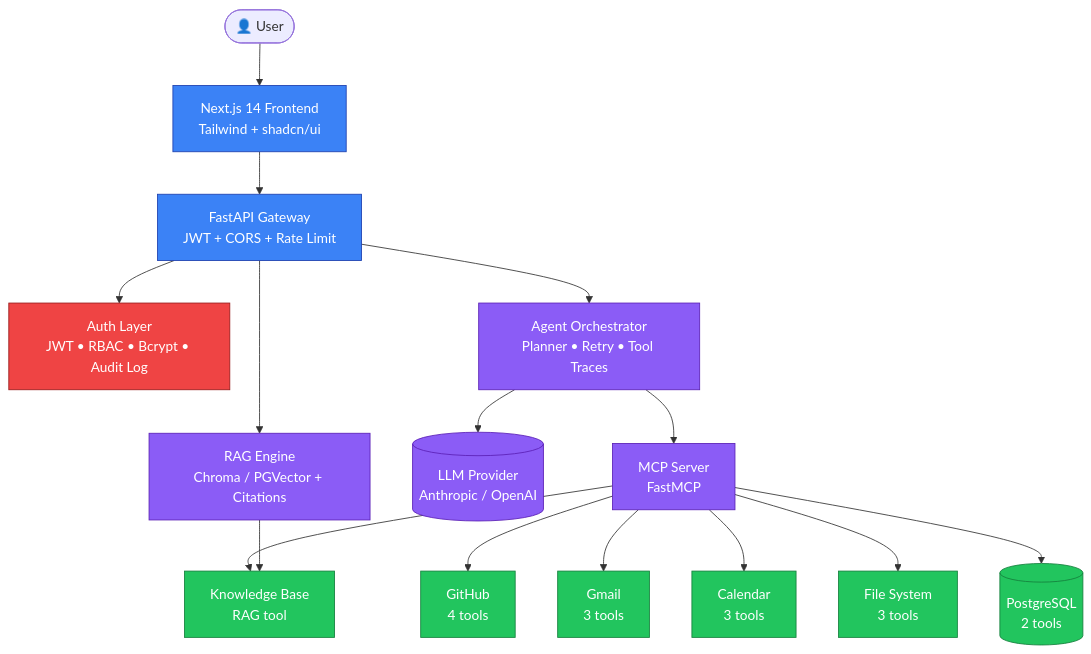
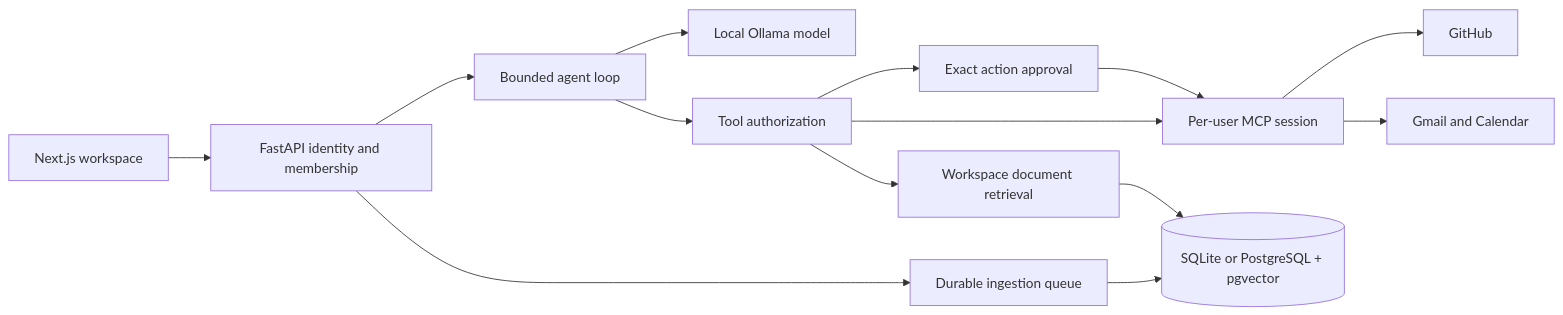
The diagram in README.md (virinchisai/sentinel-ai), drawn with Mermaid before and after one commit. The commit also changed other lines of this file and 100 other files, not shown here.

Commit message:
Release SentinelAI 2.0 local workspace and approved agent actions

````diff
--- a/README.md
+++ b/README.md
@@ -75,42 +113,16 @@
 ```mermaid
-flowchart TD
-    User([👤 User])
-    UI[Next.js 14 Frontend<br/>Tailwind + shadcn/ui]
-    API[FastAPI Gateway<br/>JWT + CORS + Rate Limit]
-    Auth[Auth Layer<br/>JWT • RBAC • Bcrypt • Audit Log]
-    RAG[RAG Engine<br/>Chroma / PGVector + Citations]
-    Agent[Agent Orchestrator<br/>Planner • Retry • Tool Traces]
-    LLM[(LLM Provider<br/>Anthropic / OpenAI)]
-    MCP[MCP Server<br/>FastMCP]
-
-    GitHub[GitHub<br/>4 tools]
-    Gmail[Gmail<br/>3 tools]
-    Cal[Calendar<br/>3 tools]
-    FS[File System<br/>3 tools]
-    DB[(PostgreSQL<br/>2 tools)]
-    KB[Knowledge Base<br/>RAG tool]
-
-    User --> UI
-    UI --> API
-    API --> Auth
-    API --> RAG
-    API --> Agent
-    Agent --> LLM
-    Agent --> MCP
-    MCP --> GitHub
-    MCP --> Gmail
-    MCP --> Cal
-    MCP --> FS
-    MCP --> DB
-    MCP --> KB
-    RAG --> KB
-
-    classDef gateway fill:#3b82f6,stroke:#1e40af,color:#fff
-    classDef security fill:#ef4444,stroke:#991b1b,color:#fff
-    classDef ai fill:#8b5cf6,stroke:#5b21b6,color:#fff
-    classDef tool fill:#22c55e,stroke:#15803d,color:#fff
-    class API,UI gateway
-    class Auth security
-    class Agent,RAG,LLM,MCP ai
-    class GitHub,Gmail,Cal,FS,DB,KB tool
+flowchart LR
+    UI[Next.js workspace] --> API[FastAPI identity and membership]
+    API --> Agent[Bounded agent loop]
+    Agent --> Ollama[Local Ollama model]
+    Agent --> Policy[Tool authorization]
+    Policy --> Read[Workspace document retrieval]
+    Policy --> Approval[Exact action approval]
+    Approval --> MCP[Per-user MCP session]
+    Policy --> MCP
+    MCP --> GitHub[GitHub]
+    MCP --> Google[Gmail and Calendar]
+    Read --> DB[(SQLite or PostgreSQL + pgvector)]
+    API --> Jobs[Durable ingestion queue]
+    Jobs --> DB
 ```
````
